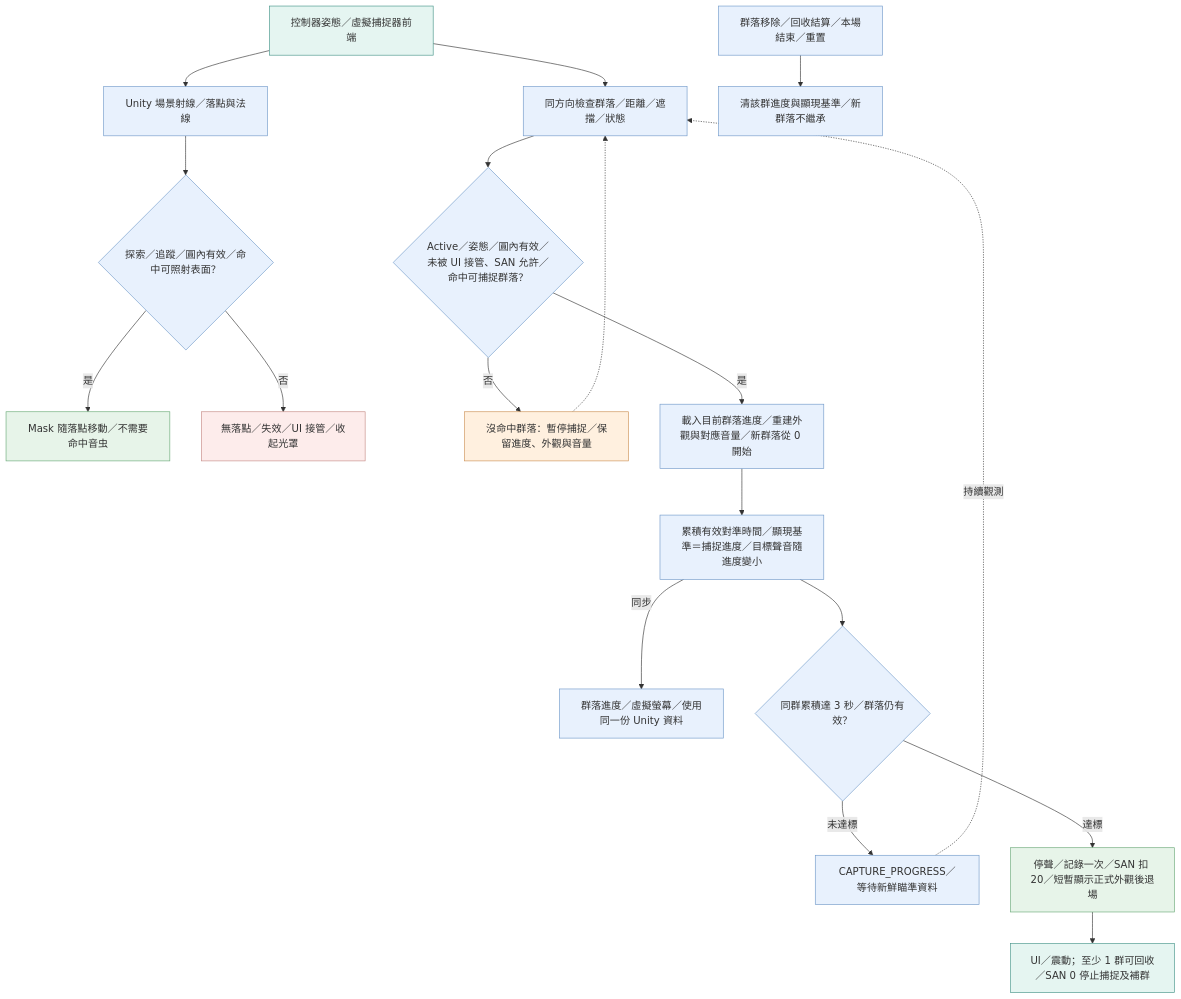
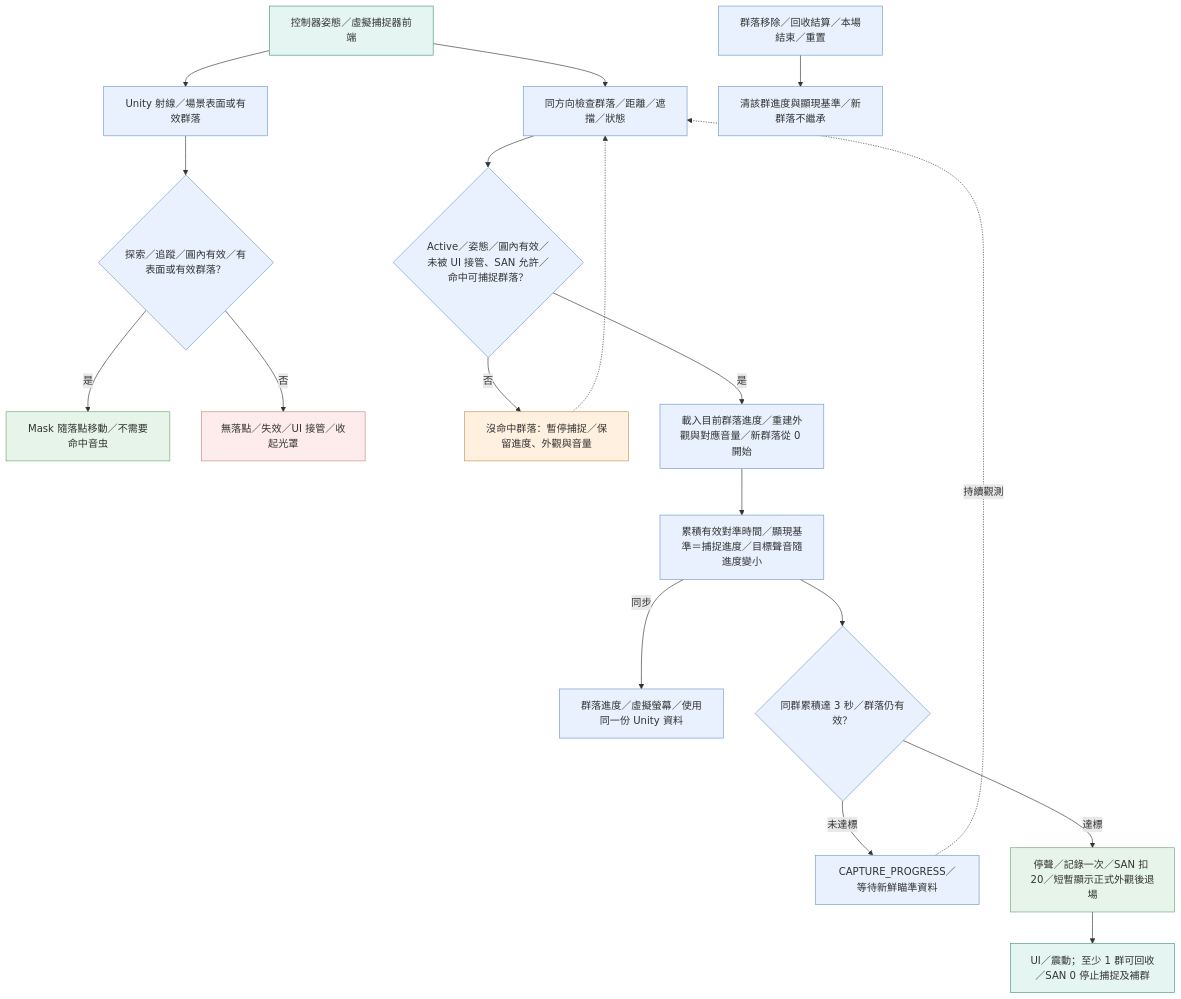
The diagram in docs/docs_vr/assets/技術流程圖/02.mmd (fengyenchia/dctProject), drawn with Mermaid before and after one commit. The commit also changed 13 other files, not shown here.

```diff
--- a/docs/docs_vr/assets/技術流程圖/02.mmd
+++ b/docs/docs_vr/assets/技術流程圖/02.mmd
@@ -1,52 +1,52 @@
 flowchart TD
   pose["控制器姿態／虛擬捕捉器前端"]
-  surfaceRay["Unity 場景射線／落點與法線"]
-  surfaceValid{"探索／追蹤／圓內有效／命中可照射表面？"}
+  surfaceRay["Unity 射線／場景表面或有效群落"]
+  surfaceValid{"探索／追蹤／圓內有效／有表面或有效群落？"}
   mask["Mask 隨落點移動／不需要命中音虫"]
   hideMask["無落點／失效／UI 接管／收起光罩"]
   targetRay["同方向檢查群落／距離／遮擋／狀態"]
   valid{"Active／姿態／圓內有效／未被 UI 接管、SAN 允許／命中可捕捉群落？"}
   pause["沒命中群落：暫停捕捉／保留進度、外觀與音量"]
   load["載入目前群落進度／重建外觀與對應音量／新群落從 0 開始"]
   progress["累積有效對準時間／顯現基準＝捕捉進度／目標聲音隨進度變小"]
   ui["群落進度／虛擬螢幕／使用同一份 Unity 資料"]
   time{"同群累積達 3 秒／群落仍有效？"}
   update["CAPTURE_PROGRESS／等待新鮮瞄準資料"]
   commit["停聲／記錄一次／SAN 扣 20／短暫顯示正式外觀後退場"]
   feedback["UI／震動；至少 1 群可回收／SAN 0 停止捕捉及補群"]
   ended["群落移除／回收結算／本場結束／重置"]
   clear["清該群進度與顯現基準／新群落不繼承"]
   pose --> surfaceRay
   surfaceRay --> surfaceValid
   surfaceValid -->|"是"| mask
   surfaceValid -->|"否"| hideMask
   pose --> targetRay
   targetRay --> valid
   valid -->|"是"| load
   valid -->|"否"| pause
   pause -.-> targetRay
   load --> progress
   progress -->|"同步"| ui
   progress --> time
   time -->|"未達標"| update
   update -.->|"持續觀測"| targetRay
   time -->|"達標"| commit
   commit --> feedback
   ended --> clear
   style pose fill:#e5f5f1,stroke:#459489
   style surfaceRay fill:#e8f1fd,stroke:#7099c9
   style surfaceValid fill:#e8f1fd,stroke:#7099c9
   style mask fill:#e7f4e9,stroke:#69a977
   style hideMask fill:#fdeceb,stroke:#c58b86
   style targetRay fill:#e8f1fd,stroke:#7099c9
   style valid fill:#e8f1fd,stroke:#7099c9
   style pause fill:#fff0df,stroke:#cc9154
   style load fill:#e8f1fd,stroke:#7099c9
   style progress fill:#e8f1fd,stroke:#7099c9
   style ui fill:#e8f1fd,stroke:#7099c9
   style time fill:#e8f1fd,stroke:#7099c9
   style update fill:#e8f1fd,stroke:#7099c9
   style commit fill:#e7f4e9,stroke:#69a977
   style feedback fill:#e5f5f1,stroke:#459489
   style ended fill:#e8f1fd,stroke:#7099c9
   style clear fill:#e8f1fd,stroke:#7099c9
```
